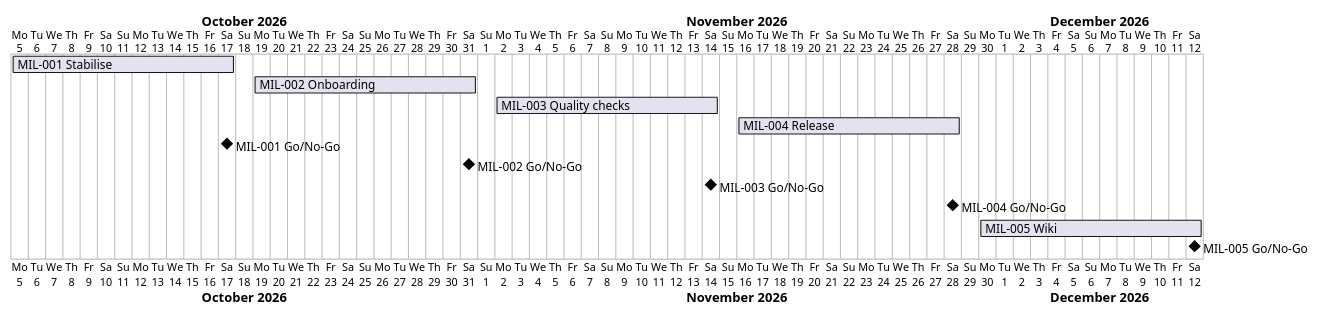
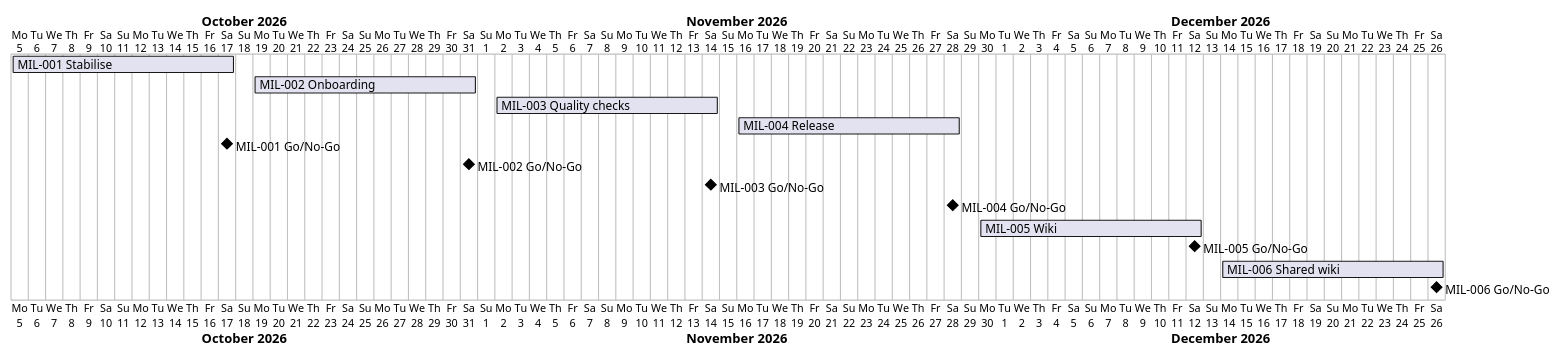
The diagram in docs/project-plan.md (TirSystem/git-workflows), drawn with PlantUML before and after one commit. The commit also changed other lines of this file and 2 other files, not shown here.

First line of the commit message:
Plan MIL-006: shared wiki publishing

````diff
--- a/docs/project-plan.md
+++ b/docs/project-plan.md
@@ -39,15 +40,17 @@
 ```plantuml
 @startgantt
 Project starts 2026-10-05
 [MIL-001 Stabilise] starts 2026-10-05 and ends 2026-10-17
 [MIL-002 Onboarding] starts 2026-10-19 and ends 2026-10-31
 [MIL-003 Quality checks] starts 2026-11-02 and ends 2026-11-14
 [MIL-004 Release] starts 2026-11-16 and ends 2026-11-28
 [MIL-001 Go/No-Go] happens 2026-10-17
 [MIL-002 Go/No-Go] happens 2026-10-31
 [MIL-003 Go/No-Go] happens 2026-11-14
 [MIL-004 Go/No-Go] happens 2026-11-28
 [MIL-005 Wiki] starts 2026-11-30 and ends 2026-12-12
 [MIL-005 Go/No-Go] happens 2026-12-12
+[MIL-006 Shared wiki] starts 2026-12-14 and ends 2026-12-26
+[MIL-006 Go/No-Go] happens 2026-12-26
 @endgantt
 ```
````
